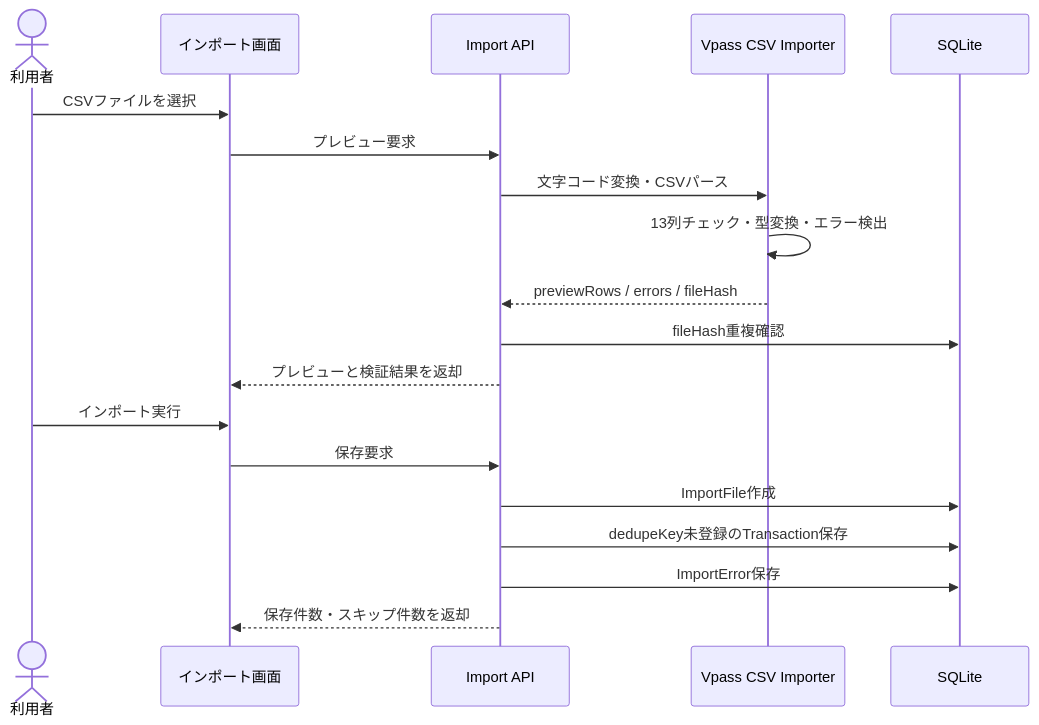
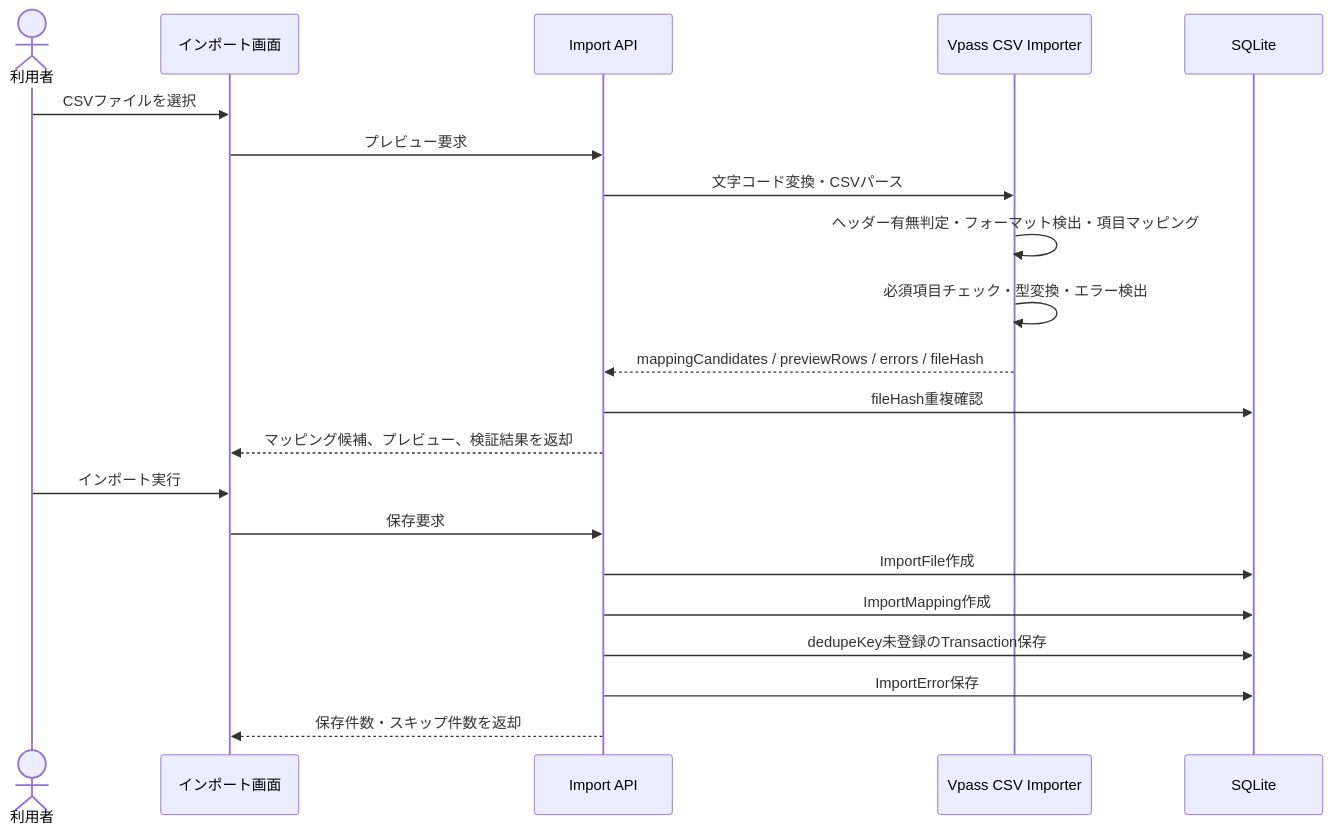
One commit to shikou0918/vpass-statement-analyzer changed the fourth of 4 diagrams in overview-design.md. Above: the diagram before and after it, drawn with Mermaid. The commit also changed other lines of this file, not shown here.

````diff
--- a/overview-design.md
+++ b/overview-design.md
@@ -211,22 +217,24 @@
 ```mermaid
 sequenceDiagram
   actor User as 利用者
   participant UI as インポート画面
   participant API as Import API
   participant Parser as Vpass CSV Importer
   participant DB as SQLite
 
   User->>UI: CSVファイルを選択
   UI->>API: プレビュー要求
   API->>Parser: 文字コード変換・CSVパース
-  Parser->>Parser: 13列チェック・型変換・エラー検出
-  Parser-->>API: previewRows / errors / fileHash
+  Parser->>Parser: ヘッダー有無判定・フォーマット検出・項目マッピング
+  Parser->>Parser: 必須項目チェック・型変換・エラー検出
+  Parser-->>API: mappingCandidates / previewRows / errors / fileHash
   API->>DB: fileHash重複確認
-  API-->>UI: プレビューと検証結果を返却
+  API-->>UI: マッピング候補、プレビュー、検証結果を返却
   User->>UI: インポート実行
   UI->>API: 保存要求
   API->>DB: ImportFile作成
+  API->>DB: ImportMapping作成
   API->>DB: dedupeKey未登録のTransaction保存
   API->>DB: ImportError保存
   API-->>UI: 保存件数・スキップ件数を返却
 ```
````
